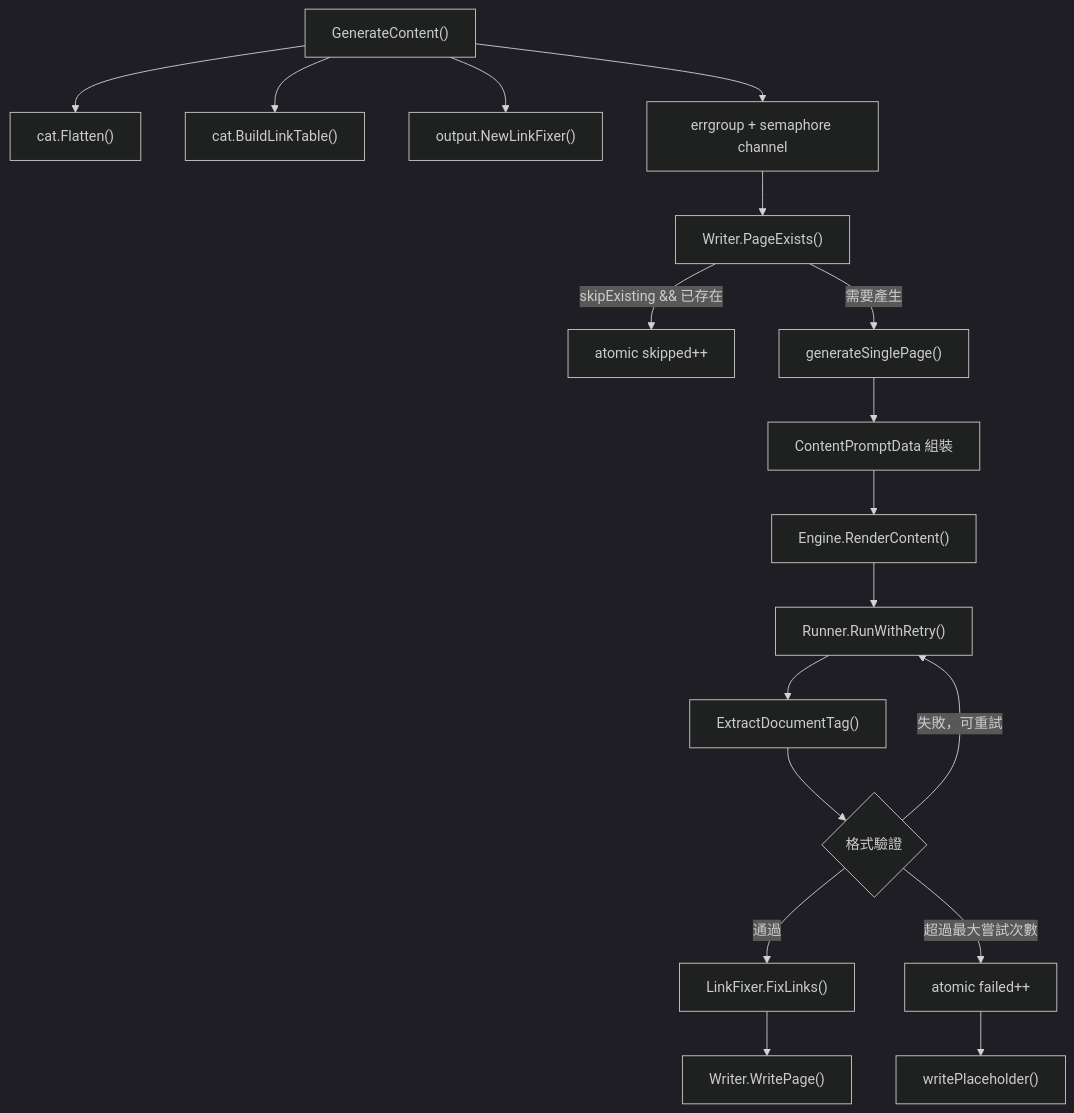
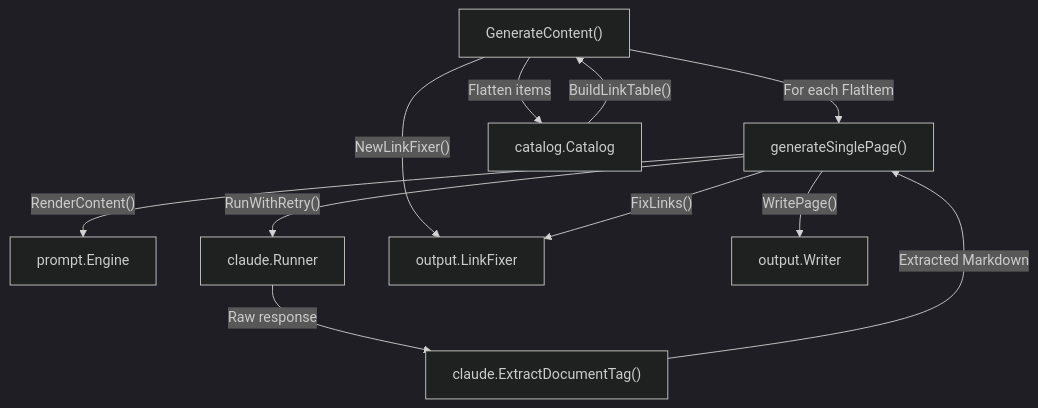
Before and after one commit to monkenWu/selfmd-claude-code: the first of 2 diagrams in docs/core-modules/generator/content-phase/index.md, drawn with Mermaid (dark theme). The commit also changed other lines of this file and 145 other files, not shown here.

````diff
--- a/docs/core-modules/generator/content-phase/index.md
+++ b/docs/core-modules/generator/content-phase/index.md
@@ -21,22 +20,22 @@
 ```mermaid
 flowchart TD
-    GC["GenerateContent()"] --> FL["cat.Flatten()"]
-    GC --> BLT["cat.BuildLinkTable()"]
-    GC --> NLF["output.NewLinkFixer()"]
-    GC --> EG["errgroup + semaphore channel"]
+    GC["GenerateContent()"]
+    GSP["generateSinglePage()"]
+    PE["prompt.Engine"]
+    CR["claude.Runner"]
+    EDT["claude.ExtractDocumentTag()"]
+    LF["output.LinkFixer"]
+    OW["output.Writer"]
+    CAT["catalog.Catalog"]
 
-    EG --> CHK["Writer.PageExists()"]
-    CHK -- "skipExisting && 已存在" --> SKIP["atomic skipped++"]
-    CHK -- "需要產生" --> GSP["generateSinglePage()"]
-
-    GSP --> CPD["ContentPromptData 組裝"]
-    CPD --> RND["Engine.RenderContent()"]
-    RND --> RWR["Runner.RunWithRetry()"]
-    RWR --> EDT["ExtractDocumentTag()"]
-    EDT --> VAL{"格式驗證"}
-    VAL -- "通過" --> LFX["LinkFixer.FixLinks()"]
-    LFX --> WP["Writer.WritePage()"]
-    VAL -- "失敗，可重試" --> RWR
-    VAL -- "超過最大嘗試次數" --> ERR["atomic failed++"]
-    ERR --> WPH["writePlaceholder()"]
+    GC -->|"Flatten items"| CAT
+    CAT -->|"BuildLinkTable()"| GC
+    GC -->|"NewLinkFixer()"| LF
+    GC -->|"For each FlatItem"| GSP
+    GSP -->|"RenderContent()"| PE
+    GSP -->|"RunWithRetry()"| CR
+    CR -->|"Raw response"| EDT
+    EDT -->|"Extracted Markdown"| GSP
+    GSP -->|"FixLinks()"| LF
+    GSP -->|"WritePage()"| OW
 ```
````
